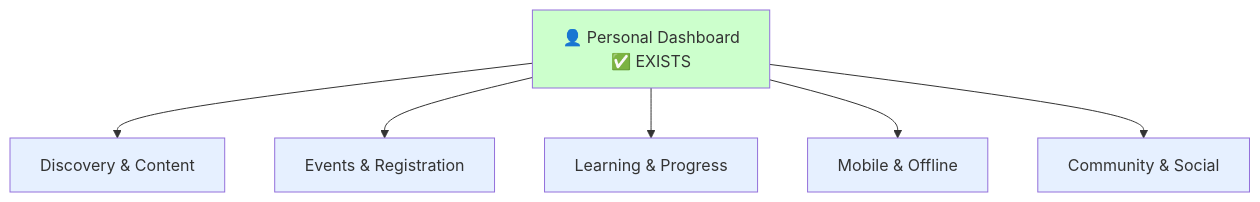
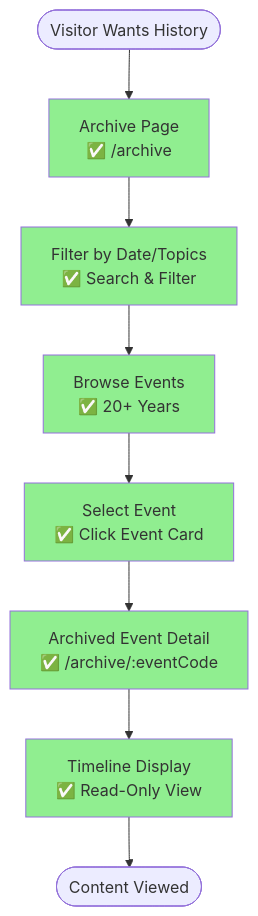
One commit to nissimbuchs/BATbern2 changed diagram 18 of 28 in docs/wireframes/sitemap-mermaid.md. Above: the diagram before and after it, drawn with Mermaid. The commit also changed other lines of this file and 1008 other files, not shown here.

````diff
--- a/docs/wireframes/sitemap-mermaid.md
+++ b/docs/wireframes/sitemap-mermaid.md
@@ -555,17 +581,26 @@
 ```mermaid
-graph TB
-    AttendeeDash[👤 Personal Dashboard<br/>✅ EXISTS]
+flowchart TD
+    Start([Visitor Wants History])
+    Archive[Archive Page<br/>✅ /archive]
+    Filter[Filter by Date/Topics<br/>✅ Search & Filter]
+    Browse[Browse Events<br/>✅ 20+ Years]
+    Select[Select Event<br/>✅ Click Event Card]
+    Detail[Archived Event Detail<br/>✅ /archive/:eventCode]
+    Timeline[Timeline Display<br/>✅ Read-Only View]
+    End([Content Viewed])
 
-    AttendeeDash --> Discovery[Discovery & Content]
-    AttendeeDash --> Events[Events & Registration]
-    AttendeeDash --> Learning[Learning & Progress]
-    AttendeeDash --> Mobile[Mobile & Offline]
-    AttendeeDash --> Community[Community & Social]
+    Start --> Archive
+    Archive --> Filter
+    Filter --> Browse
+    Browse --> Select
+    Select --> Detail
+    Detail --> Timeline
+    Timeline --> End
 
-    style AttendeeDash fill:#ccffcc
-    style Discovery fill:#e6f0ff
-    style Events fill:#e6f0ff
-    style Learning fill:#e6f0ff
-    style Mobile fill:#e6f0ff
-    style Community fill:#e6f0ff
+    style Archive fill:#90EE90
+    style Filter fill:#90EE90
+    style Browse fill:#90EE90
+    style Select fill:#90EE90
+    style Detail fill:#90EE90
+    style Timeline fill:#90EE90
 ```
````
